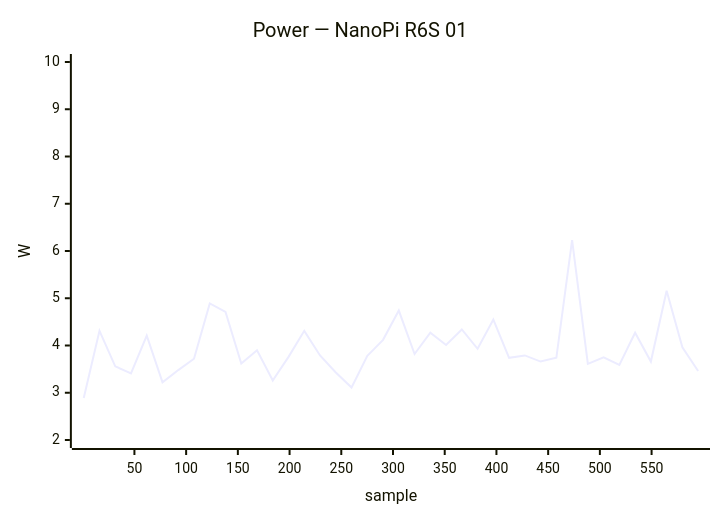
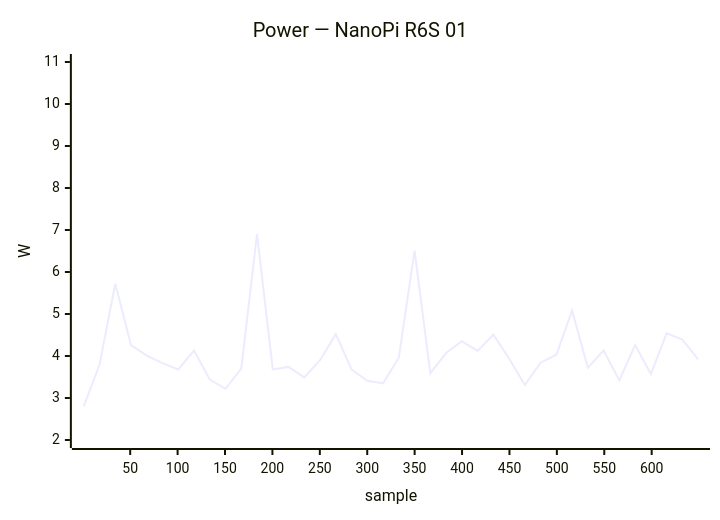
One commit to armbian/documentation changed diagram 23 of 41 in docs/status/board-tests.md. Above: the diagram before and after it, drawn with Mermaid. The commit also changed other lines of this file, not shown here.

````diff
--- a/docs/status/board-tests.md
+++ b/docs/status/board-tests.md
@@ -1050,7 +1011,7 @@
 ```mermaid
 xychart-beta
     title "Power — NanoPi R6S 01"
-    x-axis "sample" 1 --> 595
-    y-axis "W" 2.0 --> 10.0
-    line [2.89, 4.31, 3.56, 3.41, 4.21, 3.22, 3.48, 3.72, 4.89, 4.71, 3.62, 3.90, 3.26, 3.76, 4.31, 3.79, 3.43, 3.11, 3.78, 4.12, 4.74, 3.82, 4.27, 4.01, 4.34, 3.93, 4.55, 3.74, 3.79, 3.66, 3.74, 6.23, 3.61, 3.75, 3.59, 4.27, 3.66, 5.16, 3.96, 3.46]
+    x-axis "sample" 1 --> 649
+    y-axis "W" 2.0 --> 11.0
+    line [2.80, 3.79, 5.72, 4.26, 4.01, 3.83, 3.68, 4.13, 3.44, 3.22, 3.70, 6.90, 3.68, 3.74, 3.49, 3.90, 4.52, 3.68, 3.41, 3.35, 3.96, 6.51, 3.59, 4.07, 4.35, 4.12, 4.51, 3.94, 3.31, 3.84, 4.03, 5.08, 3.72, 4.13, 3.42, 4.26, 3.57, 4.54, 4.39, 3.92]
 ```
````
